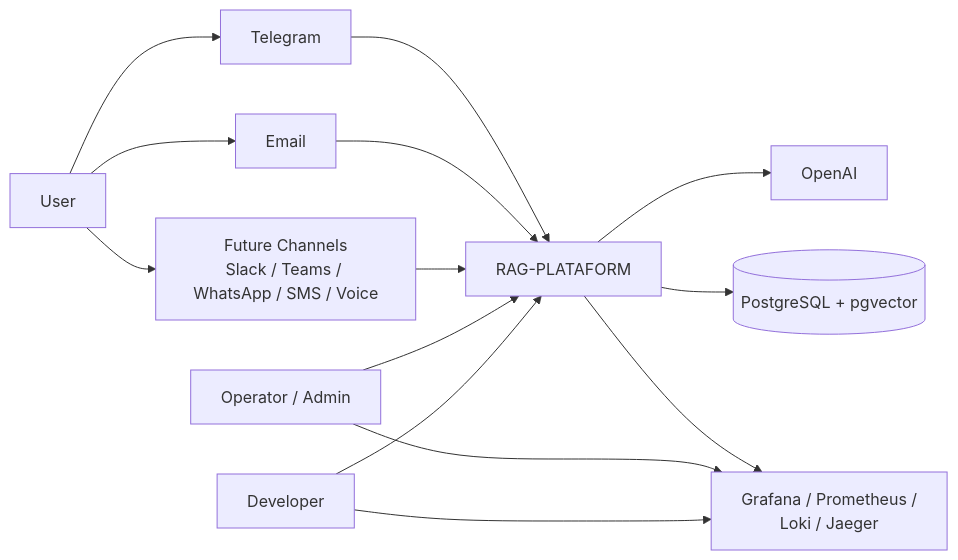
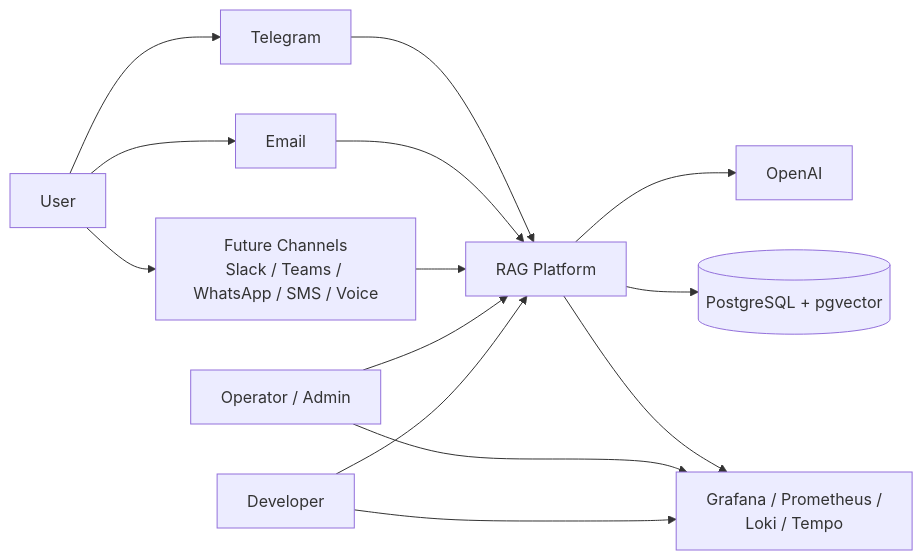
One commit to CiceroDeveloper01/rag-platform changed the diagram in docs/c4/system-context.md. Above: the diagram before and after it, drawn with Mermaid. The commit also changed other lines of this file and 111 other files, not shown here.

Commit message:
refactor: harden async ingestion, deployment readiness, and architecture docs

````diff
--- a/docs/c4/system-context.md
+++ b/docs/c4/system-context.md
@@ -9,32 +9,32 @@
 ```mermaid
 flowchart LR
     User[User]
     Operator[Operator / Admin]
     Developer[Developer]
 
     Telegram[Telegram]
     Email[Email]
     FutureChannels[Future Channels\nSlack / Teams / WhatsApp / SMS / Voice]
     OpenAI[OpenAI]
     PostgreSQL[(PostgreSQL + pgvector)]
-    Observability[Grafana / Prometheus /\nLoki / Jaeger]
+    Observability[Grafana / Prometheus /\nLoki / Tempo]
 
-    Platform[RAG-PLATAFORM]
+    Platform[RAG Platform]
 
     User --> Telegram
     User --> Email
     User --> FutureChannels
 
     Telegram --> Platform
     Email --> Platform
     FutureChannels --> Platform
 
     Platform --> OpenAI
     Platform --> PostgreSQL
     Platform --> Observability
 
     Operator --> Platform
     Operator --> Observability
     Developer --> Platform
     Developer --> Observability
 ```
````
